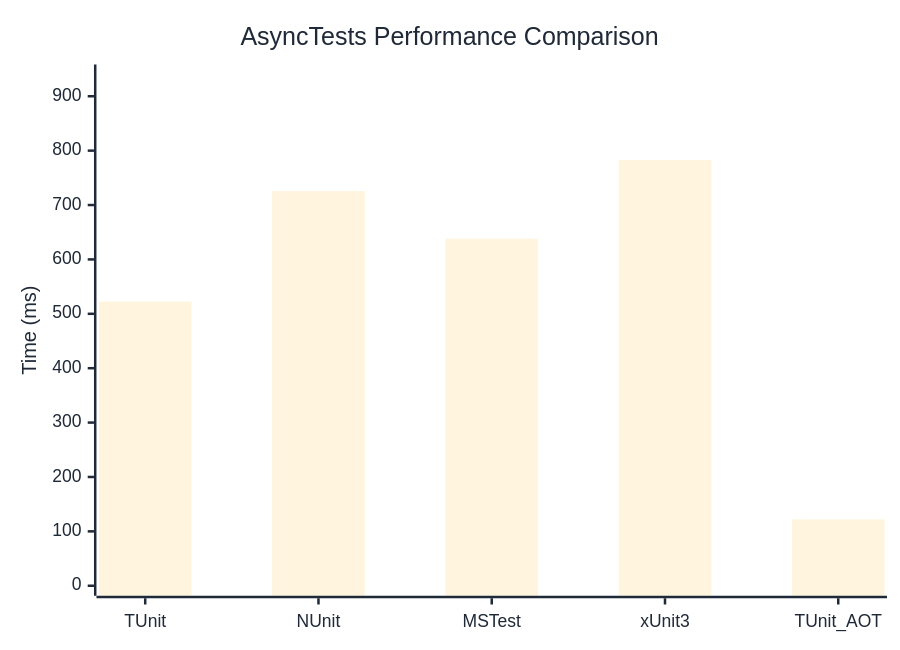
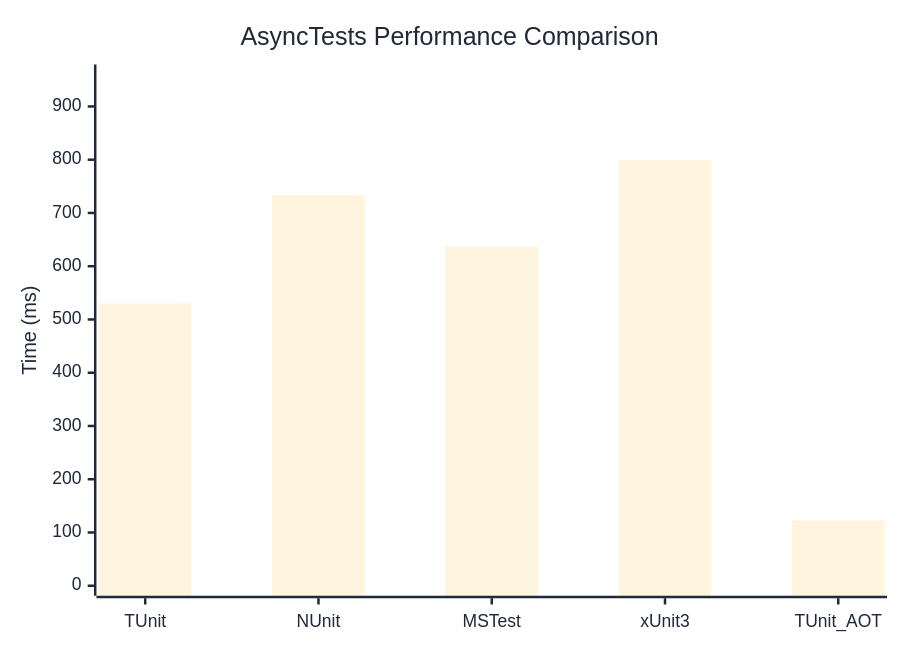
One commit to thomhurst/TUnit changed the diagram in docs/docs/benchmarks/AsyncTests.md. Above: the diagram before and after it, drawn with Mermaid. The commit also changed other lines of this file and 17 other files, not shown here.

````diff
--- a/docs/docs/benchmarks/AsyncTests.md
+++ b/docs/docs/benchmarks/AsyncTests.md
@@ -27,37 +27,37 @@
 ```mermaid
 %%{init: {
   'theme':'base',
   'themeVariables': {
     'primaryColor': '#2563eb',
     'primaryTextColor': '#1f2937',
     'primaryBorderColor': '#1e40af',
     'lineColor': '#6b7280',
     'secondaryColor': '#7c3aed',
     'tertiaryColor': '#dc2626',
     'background': '#ffffff',
     'mainBkg': '#2563eb',
     'secondBkg': '#7c3aed',
     'tertiaryBkg': '#dc2626',
     'clusterBkg': '#f3f4f6',
     'edgeLabelBackground': '#ffffff',
     'tertiaryTextColor': '#1f2937',
     'pie1': '#2563eb',
     'pie2': '#7c3aed',
     'pie3': '#dc2626',
     'pie4': '#f59e0b',
     'pie5': '#10b981',
     'pie6': '#06b6d4',
     'pie7': '#ec4899',
     'pie8': '#6366f1',
     'pie9': '#84cc16',
     'pie10': '#f97316',
     'pie11': '#14b8a6',
     'pie12': '#a855f7'
   }
 }}%%
 xychart-beta
   title "AsyncTests Performance Comparison"
   x-axis ["TUnit", "NUnit", "MSTest", "xUnit3", "TUnit_AOT"]
-  y-axis "Time (ms)" 0 --> 940
-  bar [522.4, 725.6, 638.1, 782.8, 121.9]
+  y-axis "Time (ms)" 0 --> 960
+  bar [530, 733.8, 637.3, 799.5, 122.6]
 ```
````
